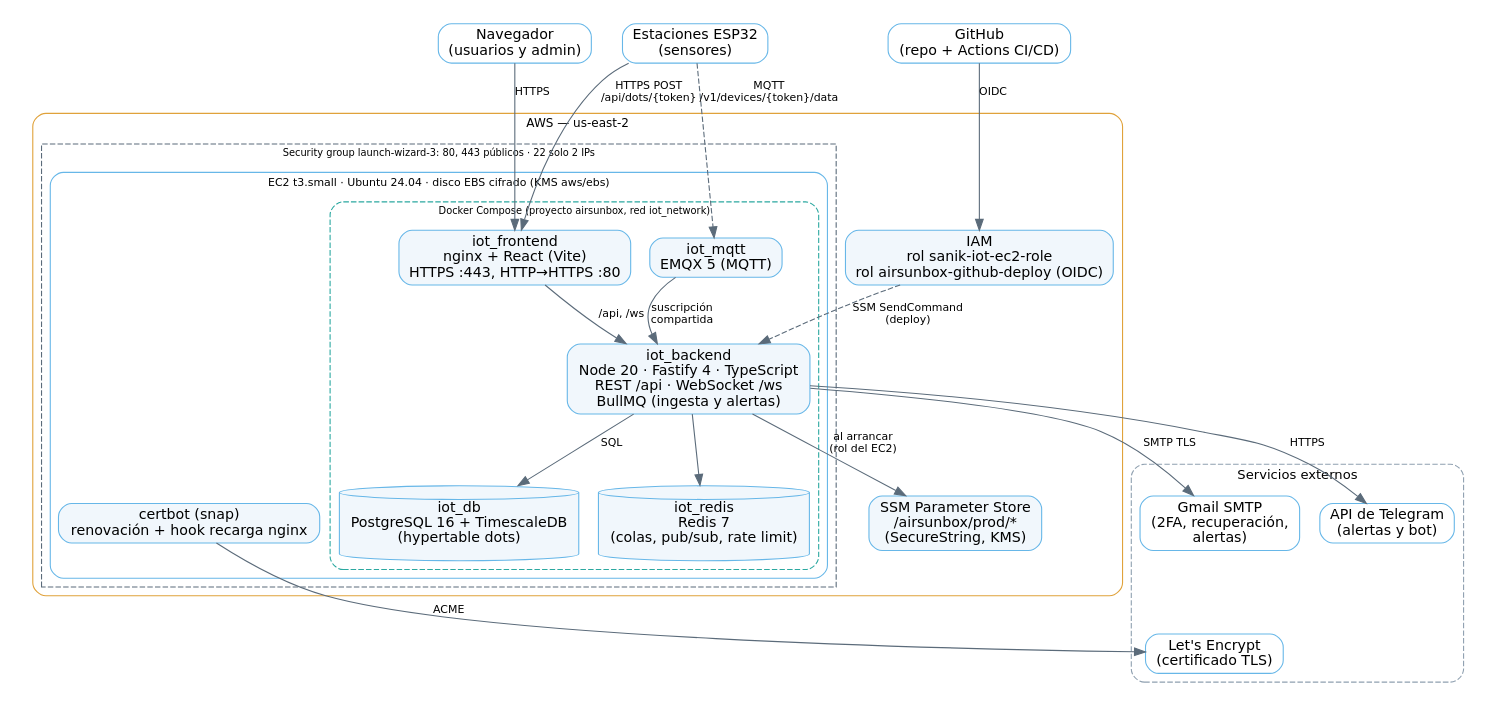
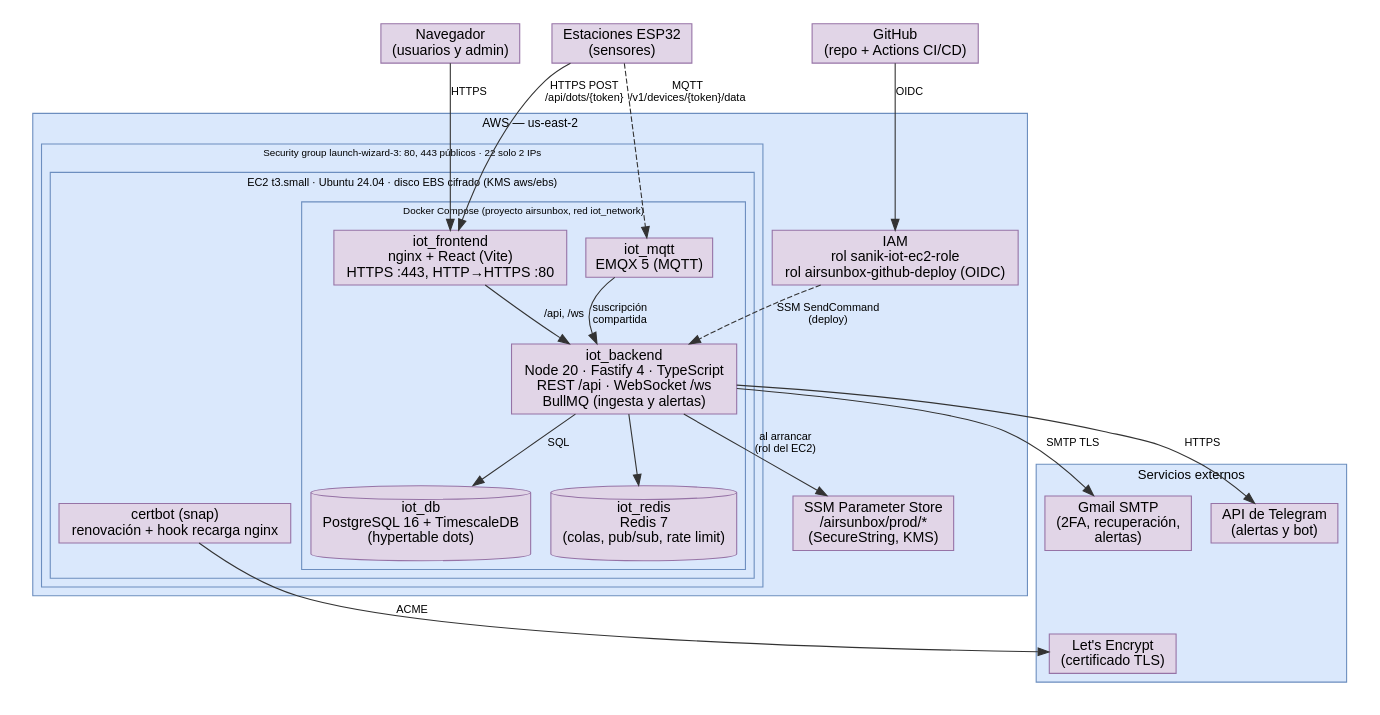
One commit to JCR2005/AirSunBox changed the diagram in docs/diagramas/arquitectura.dot. Above: the diagram before and after it, drawn with Graphviz. The commit also changed 15 other files, not shown here.

```diff
--- a/docs/diagramas/arquitectura.dot
+++ b/docs/diagramas/arquitectura.dot
@@ -1,54 +1,54 @@
 // Arquitectura desplegada de AirSunBox (AWS us-east-2)
 digraph arquitectura {
-  graph [rankdir=TB, fontname="DejaVu Sans", fontsize=13, nodesep=0.25, ranksep=0.45, bgcolor="white", pad=0.2, newrank=true]
-  node  [shape=box, style="rounded,filled", fontname="DejaVu Sans", fontsize=13, fillcolor="#F1F7FC", color="#67B7E8"]
-  edge  [fontname="DejaVu Sans", fontsize=10, color="#5B6B7A"]
+  graph [rankdir=TB, fontname="Liberation Sans", fontsize=13, nodesep=0.25, ranksep=0.45, bgcolor="white", pad=0.2, newrank=true]
+  node  [shape=box, style="filled", fontname="Liberation Sans", fontsize=13, fillcolor="#E1D5E7", color="#9673A6"]
+  edge  [fontname="Liberation Sans", fontsize=10, color="#333333"]
 
-  usuario [label="Navegador\n(usuarios y admin)", shape=box, fillcolor="#FFFFFF"]
-  esp32   [label="Estaciones ESP32\n(sensores)", fillcolor="#FFFFFF"]
-  github  [label="GitHub\n(repo + Actions CI/CD)", fillcolor="#FFFFFF"]
+  usuario [label="Navegador\n(usuarios y admin)", shape=box, fillcolor="#E1D5E7"]
+  esp32   [label="Estaciones ESP32\n(sensores)", fillcolor="#E1D5E7"]
+  github  [label="GitHub\n(repo + Actions CI/CD)", fillcolor="#E1D5E7"]
   subgraph cluster_ext {
-    label="Servicios externos"; fontsize=12; style="rounded,dashed"; color="#8FA0B0"
-    gmail   [label="Gmail SMTP\n(2FA, recuperación,\nalertas)", fillcolor="#FFFFFF"]
-    telegram[label="API de Telegram\n(alertas y bot)", fillcolor="#FFFFFF"]
-    le      [label="Let's Encrypt\n(certificado TLS)", fillcolor="#FFFFFF"]
+    label="Servicios externos"; fontsize=12; style="filled"; fillcolor="#DAE8FC"; color="#6C8EBF"
+    gmail   [label="Gmail SMTP\n(2FA, recuperación,\nalertas)", fillcolor="#E1D5E7"]
+    telegram[label="API de Telegram\n(alertas y bot)", fillcolor="#E1D5E7"]
+    le      [label="Let's Encrypt\n(certificado TLS)", fillcolor="#E1D5E7"]
     gmail -> le [style=invis]
   }
 
   subgraph cluster_aws {
-    label="AWS — us-east-2"; fontname="DejaVu Sans"; fontsize=11; style="rounded"; color="#E0A23B"
+    label="AWS — us-east-2"; fontname="Liberation Sans"; fontsize=11; style="filled"; fillcolor="#DAE8FC"; color="#6C8EBF"
     ssm  [label="SSM Parameter Store\n/airsunbox/prod/*\n(SecureString, KMS)"]
     iam  [label="IAM\nrol sanik-iot-ec2-role\nrol airsunbox-github-deploy (OIDC)"]
     subgraph cluster_sg {
-      label="Security group launch-wizard-3: 80, 443 públicos · 22 solo 2 IPs"; fontsize=9; style="dashed"; color="#5B6B7A"
+      label="Security group launch-wizard-3: 80, 443 públicos · 22 solo 2 IPs"; fontsize=9; style="filled"; fillcolor="#DAE8FC"; color="#6C8EBF"
       subgraph cluster_ec2 {
-        label="EC2 t3.small · Ubuntu 24.04 · disco EBS cifrado (KMS aws/ebs)"; fontsize=10; style="rounded"; color="#67B7E8"
+        label="EC2 t3.small · Ubuntu 24.04 · disco EBS cifrado (KMS aws/ebs)"; fontsize=10; style="filled"; fillcolor="#DAE8FC"; color="#6C8EBF"
         subgraph cluster_docker {
-          label="Docker Compose (proyecto airsunbox, red iot_network)"; fontsize=9; style="rounded,dashed"; color="#2BA8A0"
+          label="Docker Compose (proyecto airsunbox, red iot_network)"; fontsize=9; style="filled"; fillcolor="#DAE8FC"; color="#6C8EBF"
           nginx   [label="iot_frontend\nnginx + React (Vite)\nHTTPS :443, HTTP→HTTPS :80"]
           backend [label="iot_backend\nNode 20 · Fastify 4 · TypeScript\nREST /api · WebSocket /ws\nBullMQ (ingesta y alertas)"]
           db      [label="iot_db\nPostgreSQL 16 + TimescaleDB\n(hypertable dots)", shape=cylinder]
           redis   [label="iot_redis\nRedis 7\n(colas, pub/sub, rate limit)", shape=cylinder]
           emqx    [label="iot_mqtt\nEMQX 5 (MQTT)"]
         }
         certbot [label="certbot (snap)\nrenovación + hook recarga nginx"]
       }
     }
   }
 
   usuario -> nginx   [label="HTTPS"]
   esp32   -> nginx   [label="HTTPS POST\n/api/dots/{token}"]
   esp32   -> emqx    [label="MQTT\n/v1/devices/{token}/data", style=dashed]
   nginx   -> backend [label="/api, /ws"]
   backend -> db      [label="SQL"]
   backend -> redis
   emqx    -> backend [label="suscripción\ncompartida"]
   backend -> gmail   [label="SMTP TLS"]
   backend -> telegram[label="HTTPS"]
   backend -> ssm     [label="al arrancar\n(rol del EC2)"]
   ssm -> iam [style=invis]
   { rank=same; usuario; esp32; github }
   certbot -> le      [label="ACME"]
   github  -> iam     [label="OIDC"]
   iam     -> backend [label="SSM SendCommand\n(deploy)", style=dashed, lhead=cluster_ec2]
 }
```
